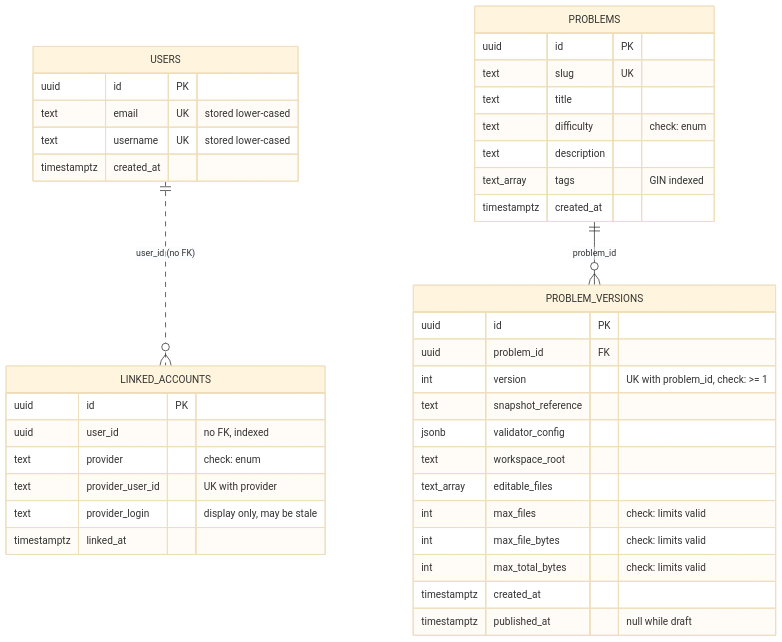
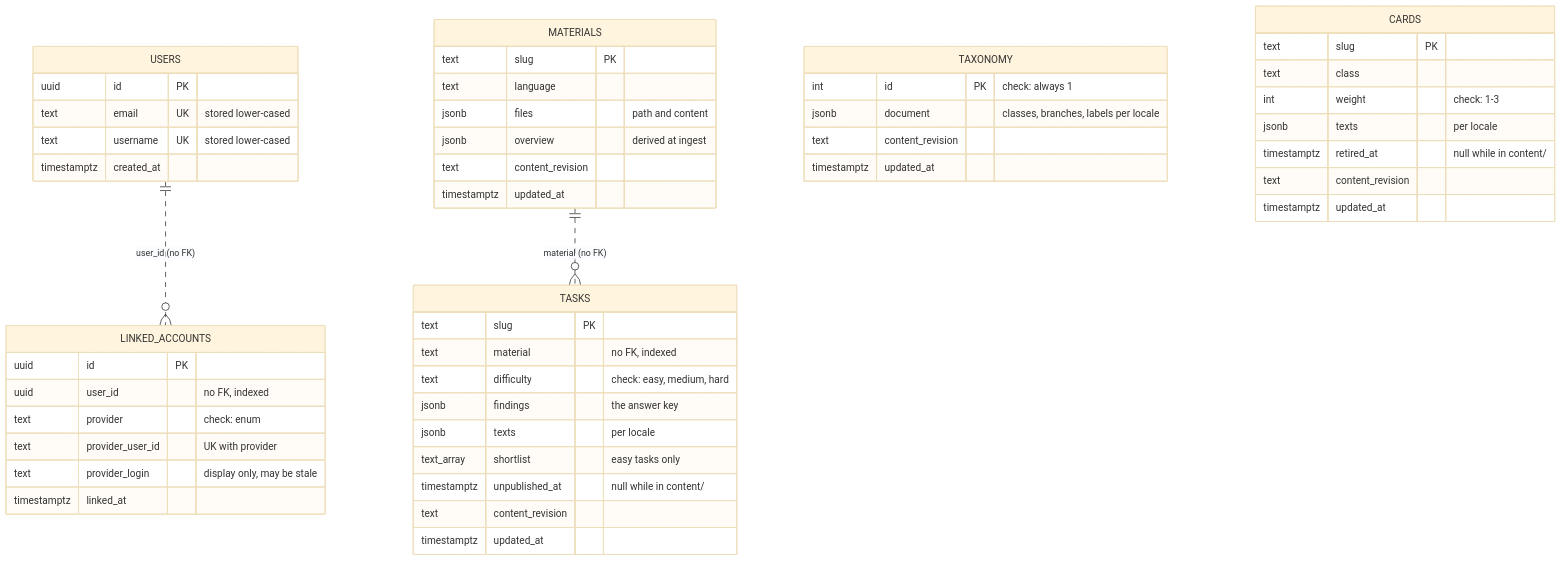
Before and after one commit to shoraLBRT/ritocode: the diagram in docs/DATABASE_SCHEMA.md, drawn with Mermaid (base theme). The commit also changed other lines of this file and 195 other files, not shown here.

First line of the commit message:
feat: ingest content into PostgreSQL, remove object storage (#121)

````diff
--- a/docs/DATABASE_SCHEMA.md
+++ b/docs/DATABASE_SCHEMA.md
@@ -27,46 +26,59 @@
 ```mermaid
 erDiagram
     USERS ||..o{ LINKED_ACCOUNTS : "user_id (no FK)"
-    PROBLEMS ||--o{ PROBLEM_VERSIONS : "problem_id"
+    MATERIALS ||..o{ TASKS : "material (no FK)"
 
     USERS {
         uuid id PK
         text email UK "stored lower-cased"
         text username UK "stored lower-cased"
         timestamptz created_at
     }
 
     LINKED_ACCOUNTS {
         uuid id PK
         uuid user_id "no FK, indexed"
         text provider "check: enum"
         text provider_user_id "UK with provider"
         text provider_login "display only, may be stale"
         timestamptz linked_at
     }
 
-    PROBLEMS {
-        uuid id PK
-        text slug UK
-        text title
-        text difficulty "check: enum"
-        text description
-        text_array tags "GIN indexed"
-        timestamptz created_at
+    TAXONOMY {
+        int id PK "check: always 1"
+        jsonb document "classes, branches, labels per locale"
+        text content_revision
+        timestamptz updated_at
     }
 
-    PROBLEM_VERSIONS {
-        uuid id PK
-        uuid problem_id FK
-        int version "UK with problem_id, check: >= 1"
-        text snapshot_reference
-        jsonb validator_config
-        text workspace_root
-        text_array editable_files
-        int max_files "check: limits valid"
-        int max_file_bytes "check: limits valid"
-        int max_total_bytes "check: limits valid"
-        timestamptz created_at
-        timestamptz published_at "null while draft"
+    CARDS {
+        text slug PK
+        text class
+        int weight "check: 1-3"
+        jsonb texts "per locale"
+        timestamptz retired_at "null while in content/"
+        text content_revision
+        timestamptz updated_at
+    }
+
+    MATERIALS {
+        text slug PK
+        text language
+        jsonb files "path and content"
+        jsonb overview "derived at ingest"
+        text content_revision
+        timestamptz updated_at
+    }
+
+    TASKS {
+        text slug PK
+        text material "no FK, indexed"
+        text difficulty "check: easy, medium, hard"
+        jsonb findings "the answer key"
+        jsonb texts "per locale"
+        text_array shortlist "easy tasks only"
+        timestamptz unpublished_at "null while in content/"
+        text content_revision
+        timestamptz updated_at
     }
 ```
````
